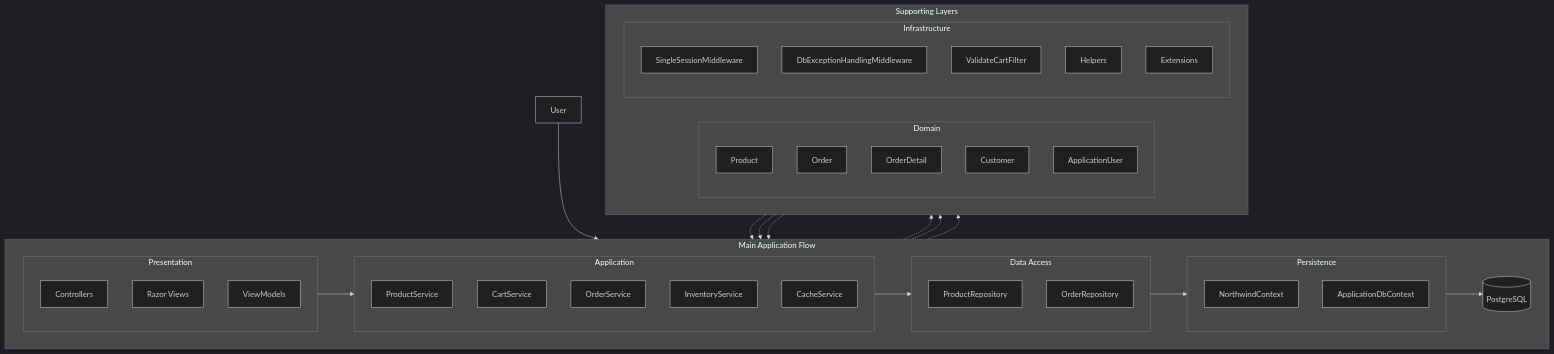
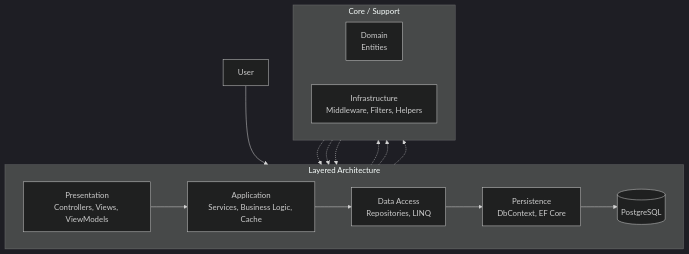
One commit to jeffersonmejia/north-taks1-p3 changed the diagram in README.md. Above: the diagram before and after it, drawn with Mermaid (dark theme).

Commit message:
feat: add package diagram in README.md

````diff
--- a/README.md
+++ b/README.md
@@ -45,74 +45,29 @@
 ```mermaid
 flowchart TB
     U[User]
 
-    subgraph FLOW["Main Application Flow"]
+    subgraph APP["Layered Architecture"]
         direction LR
+        P[Presentation<br/>Controllers, Views, ViewModels]
+        A[Application<br/>Services, Business Logic, Cache]
+        R[Data Access<br/>Repositories, LINQ]
+        D[Persistence<br/>DbContext, EF Core]
+        DB[(PostgreSQL)]
 
-        subgraph P["Presentation"]
-            direction TB
-            P1[Controllers]
-            P2[Razor Views]
-            P3[ViewModels]
-        end
-
-        subgraph A["Application"]
-            direction TB
-            A1[ProductService]
-            A2[CartService]
-            A3[OrderService]
-            A4[InventoryService]
-            A5[CacheService]
-        end
-
-        subgraph R["Data Access"]
-            direction TB
-            R1[ProductRepository]
-            R2[OrderRepository]
-        end
-
-        subgraph D["Persistence"]
-            direction TB
-            D1[NorthwindContext]
-            D2[ApplicationDbContext]
-        end
-
-        DB[(PostgreSQL)]
+        P --> A --> R --> D --> DB
     end
 
-    subgraph SUPPORT["Supporting Layers"]
+    subgraph CORE["Core / Support"]
         direction LR
-
-        subgraph M["Domain"]
-            direction TB
-            M1[Product]
-            M2[Order]
-            M3[OrderDetail]
-            M4[Customer]
-            M5[ApplicationUser]
-        end
-
-        subgraph I["Infrastructure"]
-            direction TB
-            I1[SingleSessionMiddleware]
-            I2[DbExceptionHandlingMiddleware]
-            I3[ValidateCartFilter]
-            I4[Helpers]
-            I5[Extensions]
-        end
+        M[Domain<br/>Entities]
+        I[Infrastructure<br/>Middleware, Filters, Helpers]
     end
 
     U --> P
-    P --> A
-    A --> R
-    R --> D
-    D --> DB
-
     A -.-> M
     R -.-> M
     D -.-> M
-
     I -.-> P
     I -.-> A
     I -.-> D
 ```
````
